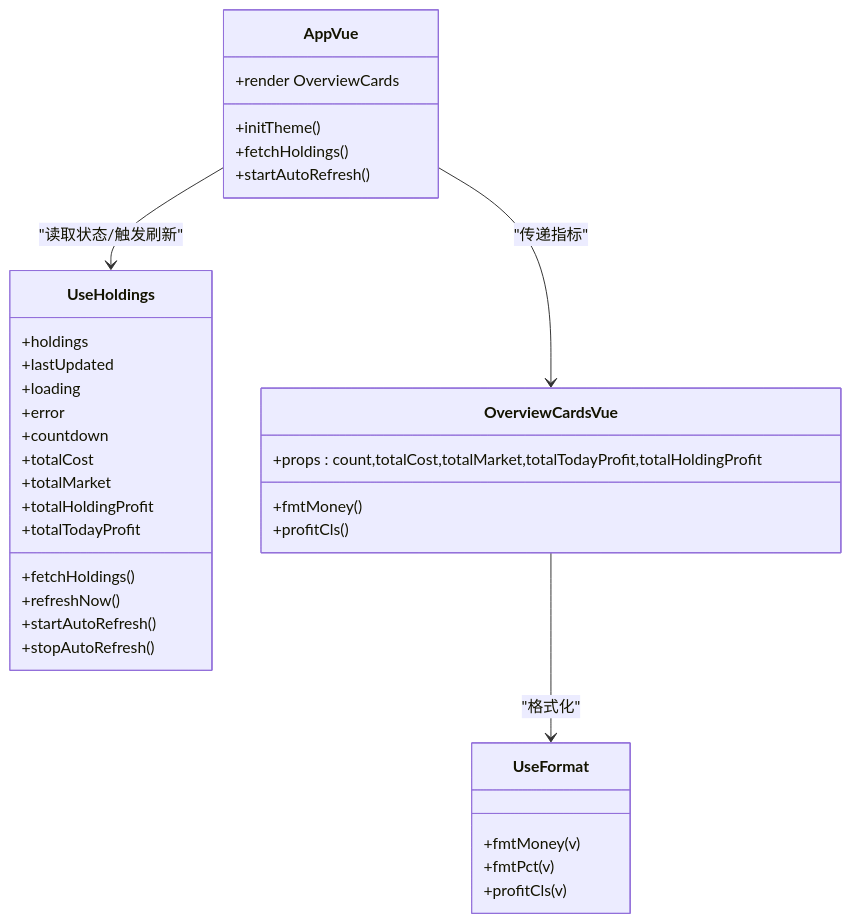
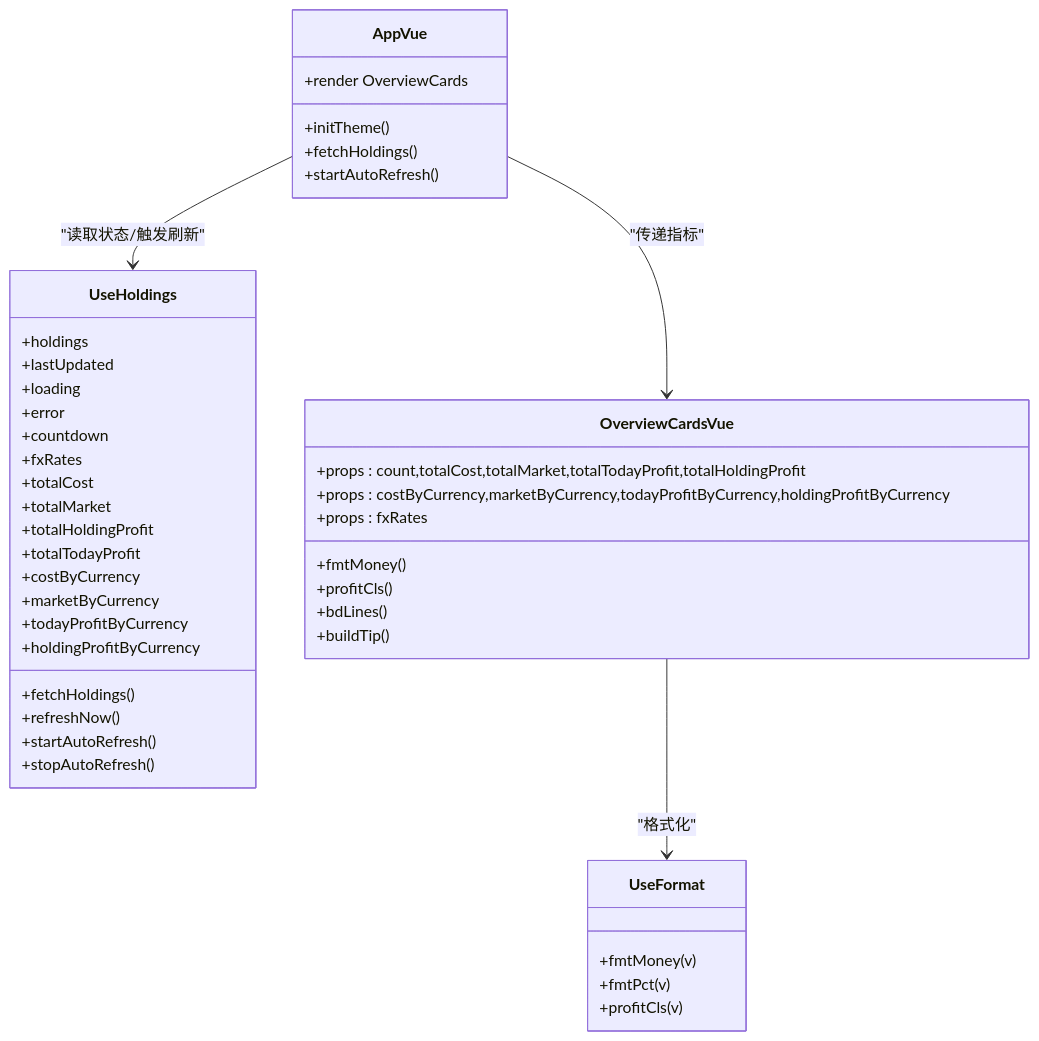
One commit to salenju/stock-advisor changed the third of 8 diagrams in .qoder/repowiki/zh/content/前端架构/Vue组件体系/投资组合概览卡片.md. Above: the diagram before and after it, drawn with Mermaid. The commit also changed other lines of this file and 45 other files, not shown here.

````diff
--- a/.qoder/repowiki/zh/content/前端架构/Vue组件体系/投资组合概览卡片.md
+++ b/.qoder/repowiki/zh/content/前端架构/Vue组件体系/投资组合概览卡片.md
@@ -118,37 +132,46 @@
 ```mermaid
 classDiagram
 class AppVue {
 +initTheme()
 +fetchHoldings()
 +startAutoRefresh()
 +render OverviewCards
 }
 class UseHoldings {
 +holdings
 +lastUpdated
 +loading
 +error
 +countdown
++fxRates
 +totalCost
 +totalMarket
 +totalHoldingProfit
 +totalTodayProfit
++costByCurrency
++marketByCurrency
++todayProfitByCurrency
++holdingProfitByCurrency
 +fetchHoldings()
 +refreshNow()
 +startAutoRefresh()
 +stopAutoRefresh()
 }
 class OverviewCardsVue {
 +props : count,totalCost,totalMarket,totalTodayProfit,totalHoldingProfit
++props : costByCurrency,marketByCurrency,todayProfitByCurrency,holdingProfitByCurrency
++props : fxRates
 +fmtMoney()
 +profitCls()
++bdLines()
++buildTip()
 }
 class UseFormat {
 +fmtMoney(v)
 +fmtPct(v)
 +profitCls(v)
 }
 AppVue --> UseHoldings : "读取状态/触发刷新"
 AppVue --> OverviewCardsVue : "传递指标"
 OverviewCardsVue --> UseFormat : "格式化"
 ```
````
